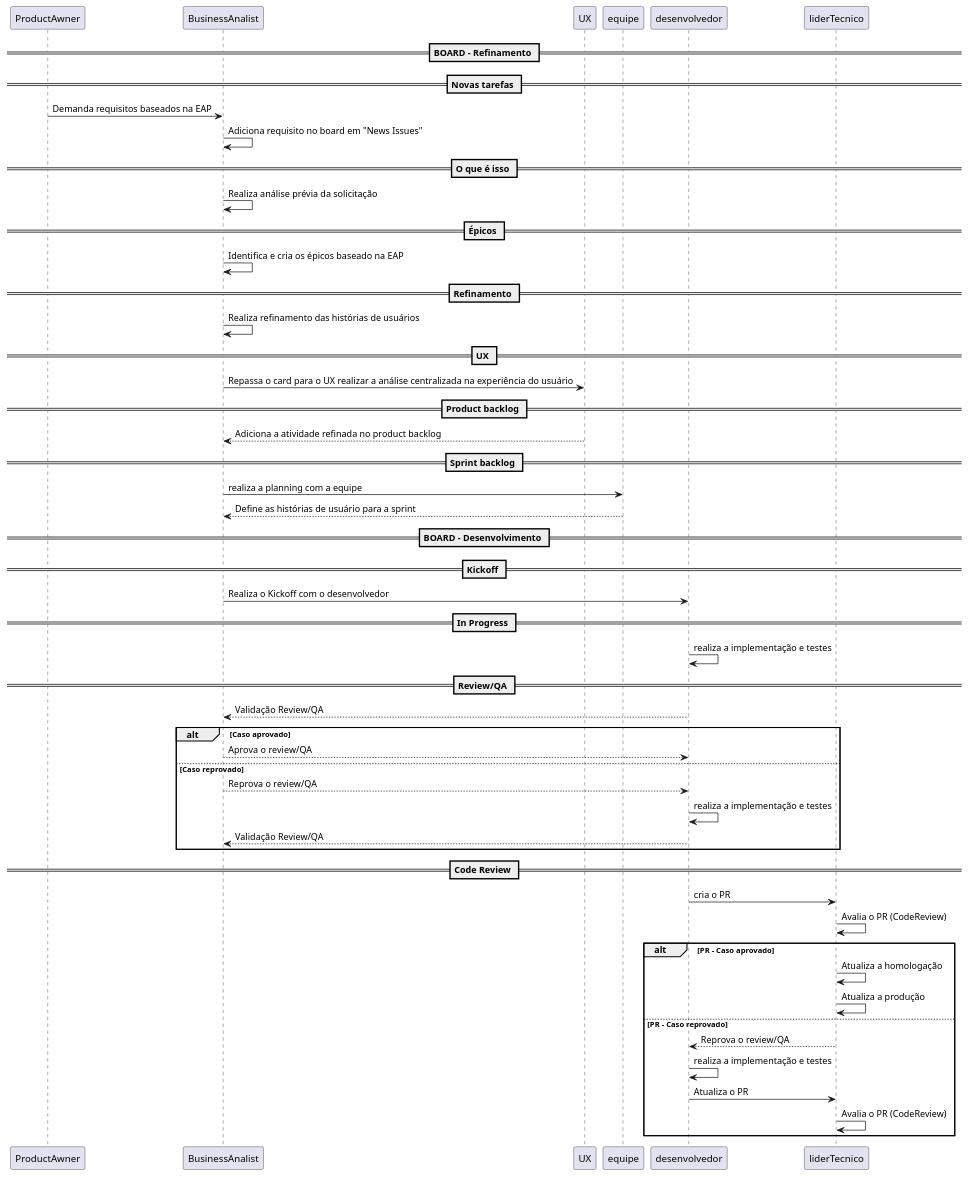
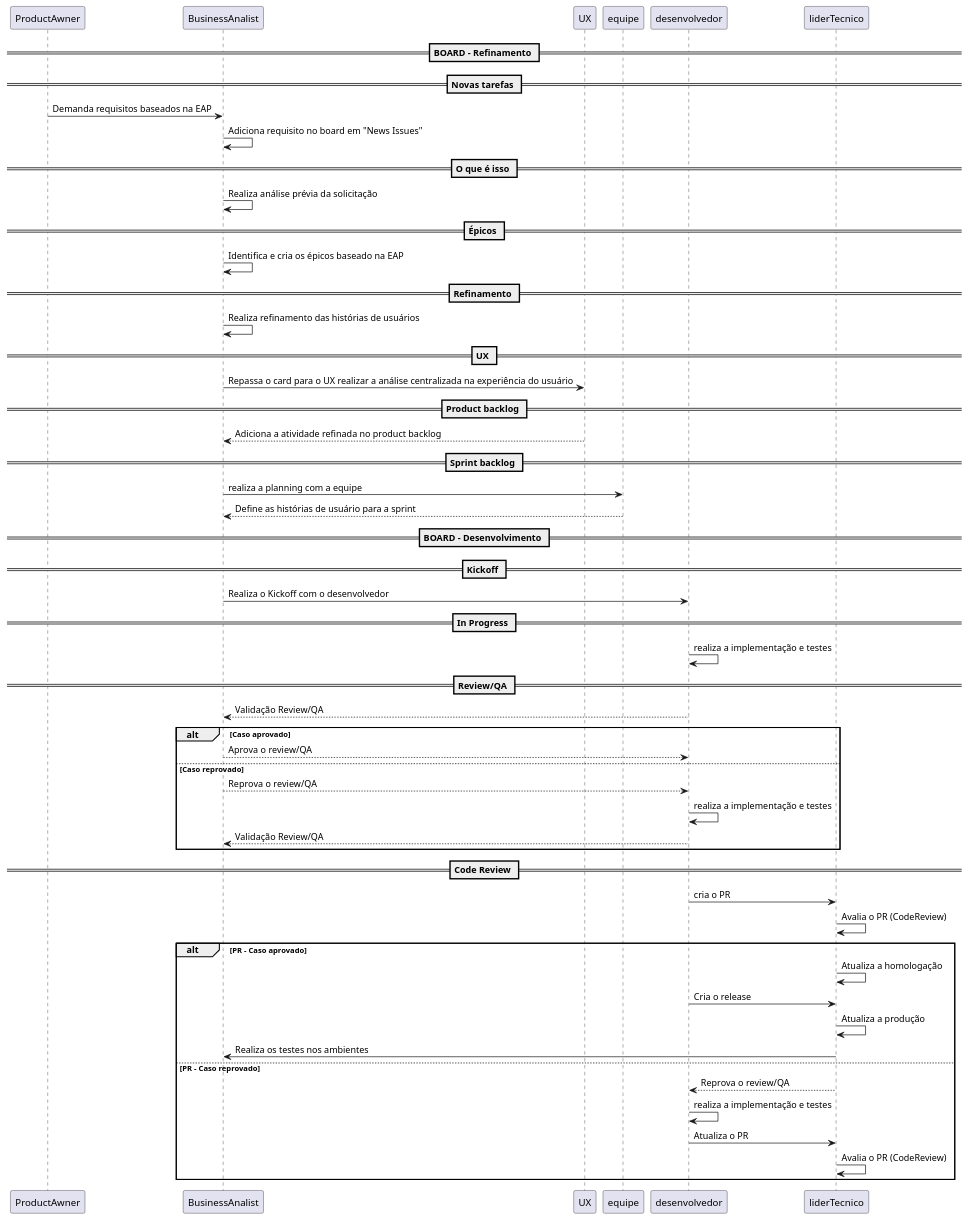
The diagram in produtosperfis.plantuml (vicmagpac/processos), drawn with PlantUML before and after one commit. The commit also changed 1 other file, not shown here.

Commit message:
add release e teste ambientes

```diff
--- a/produtosperfis.plantuml
+++ b/produtosperfis.plantuml
@@ -1,48 +1,50 @@
 @startuml
 
 ==  BOARD - Refinamento ==
 == Novas tarefas ==
 ProductAwner -> BusinessAnalist: Demanda requisitos baseados na EAP
 BusinessAnalist -> BusinessAnalist: Adiciona requisito no board em "News Issues"
 == O que é isso == 
 BusinessAnalist -> BusinessAnalist: Realiza análise prévia da solicitação 
 == Épicos ==
 BusinessAnalist -> BusinessAnalist: Identifica e cria os épicos baseado na EAP
 == Refinamento ==
 BusinessAnalist -> BusinessAnalist: Realiza refinamento das histórias de usuários
 == UX ==
 BusinessAnalist -> UX: Repassa o card para o UX realizar a análise centralizada na experiência do usuário
 == Product backlog ==
 UX --> BusinessAnalist: Adiciona a atividade refinada no product backlog
 == Sprint backlog ==
 BusinessAnalist -> equipe: realiza a planning com a equipe
 equipe --> BusinessAnalist: Define as histórias de usuário para a sprint
 == BOARD - Desenvolvimento ==
 == Kickoff ==
 BusinessAnalist -> desenvolvedor: Realiza o Kickoff com o desenvolvedor
 == In Progress ==
 desenvolvedor -> desenvolvedor: realiza a implementação e testes
 == Review/QA ==
 desenvolvedor --> BusinessAnalist: Validação Review/QA
 alt Caso aprovado
  BusinessAnalist --> desenvolvedor: Aprova o review/QA
 else Caso reprovado
  BusinessAnalist --> desenvolvedor: Reprova o review/QA
  desenvolvedor -> desenvolvedor: realiza a implementação e testes 
  desenvolvedor --> BusinessAnalist: Validação Review/QA
 end
 == Code Review ==
 desenvolvedor -> liderTecnico: cria o PR
 liderTecnico -> liderTecnico: Avalia o PR (CodeReview)
 alt PR - Caso aprovado
   liderTecnico -> liderTecnico: Atualiza a homologação
+  desenvolvedor -> liderTecnico: Cria o release
   liderTecnico -> liderTecnico: Atualiza a produção
+  liderTecnico -> BusinessAnalist: Realiza os testes nos ambientes
 else PR - Caso reprovado
  liderTecnico --> desenvolvedor: Reprova o review/QA
  desenvolvedor -> desenvolvedor: realiza a implementação e testes 
  desenvolvedor -> liderTecnico: Atualiza o PR
  liderTecnico -> liderTecnico: Avalia o PR (CodeReview)
 end
 
 
 @enduml
```
